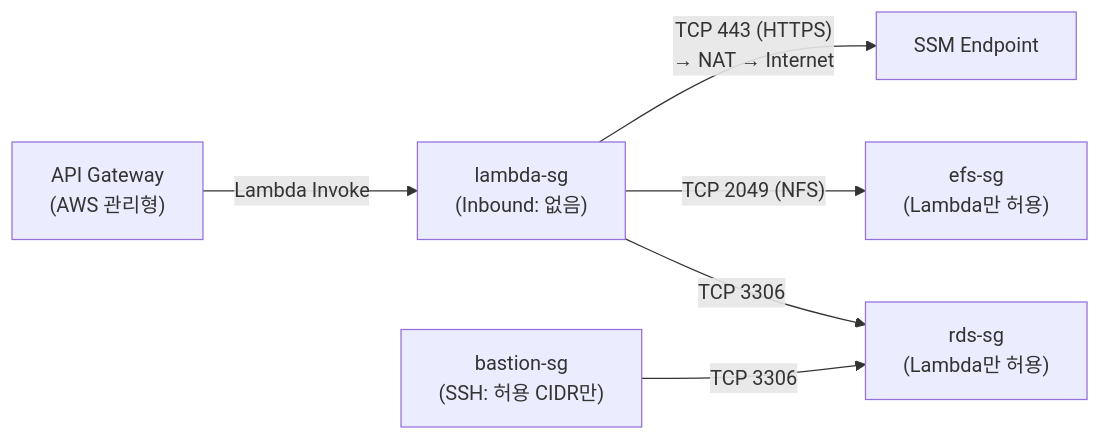
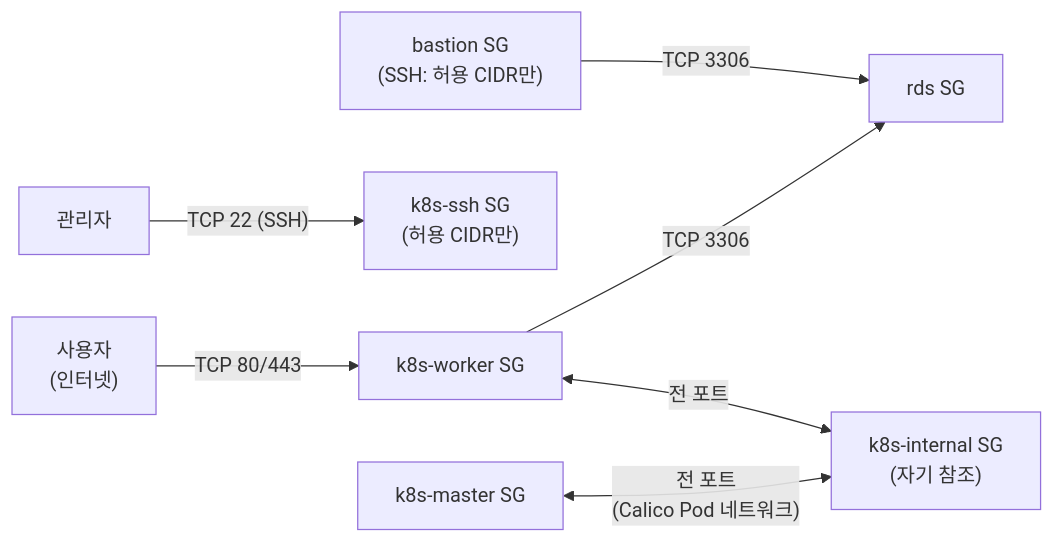
The third of 18 diagrams in report.md (revenantonthemission/2-cho-community-infra), drawn with Mermaid before and after one commit. The commit also changed other lines of this file and 4 other files, not shown here.

````diff
--- a/report.md
+++ b/report.md
@@ -261,8 +215,11 @@
 ```mermaid
 flowchart LR
-    APIGW_ext["API Gateway<br/>(AWS 관리형)"] -->|"Lambda Invoke"| Lambda_SG
-    Lambda_SG["lambda-sg<br/>(Inbound: 없음)"] -->|"TCP 3306"| RDS_SG["rds-sg<br/>(Lambda만 허용)"]
-    Lambda_SG -->|"TCP 2049 (NFS)"| EFS_SG["efs-sg<br/>(Lambda만 허용)"]
-    Lambda_SG -->|"TCP 443 (HTTPS)<br/>→ NAT → Internet"| SSM_ext["SSM Endpoint"]
-    Bastion_SG["bastion-sg<br/>(SSH: 허용 CIDR만)"] -->|"TCP 3306"| RDS_SG
+    User["사용자<br/>(인터넷)"] -->|"TCP 80/443"| Worker_SG
+    Admin["관리자"] -->|"TCP 22 (SSH)"| SSH_SG["k8s-ssh SG<br/>(허용 CIDR만)"]
+
+    Worker_SG["k8s-worker SG"] -->|"TCP 3306"| RDS_SG["rds SG"]
+    Bastion_SG["bastion SG<br/>(SSH: 허용 CIDR만)"] -->|"TCP 3306"| RDS_SG
+
+    Master_SG["k8s-master SG"] <-->|"전 포트<br/>(Calico Pod 네트워크)"| Internal_SG["k8s-internal SG<br/>(자기 참조)"]
+    Worker_SG <-->|"전 포트"| Internal_SG
 ```
````
